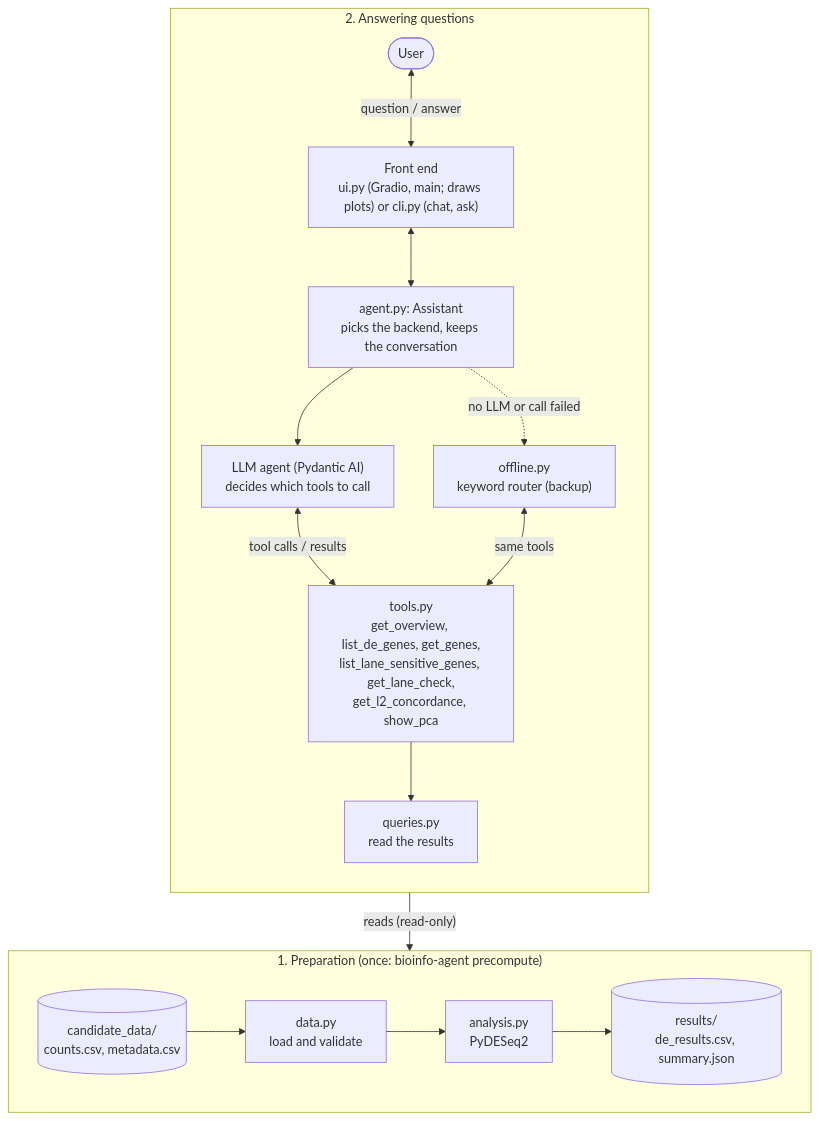
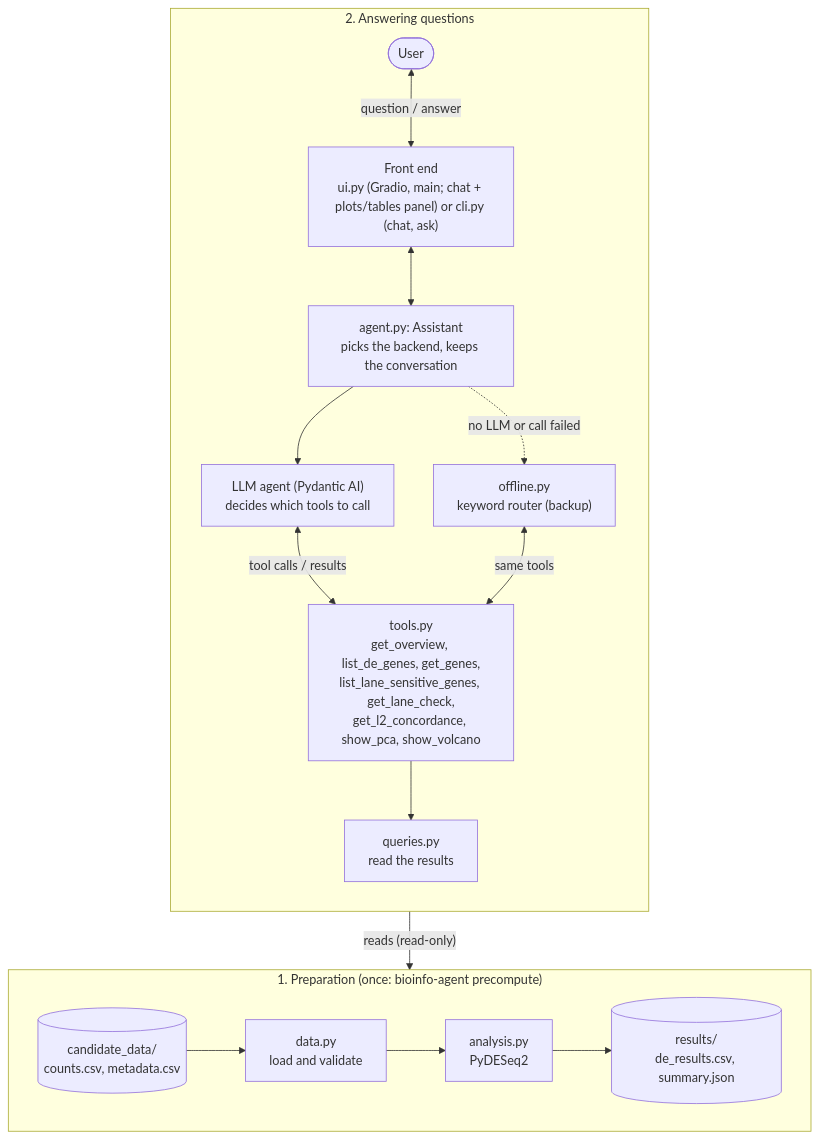
Before and after one commit to hut-ml/bioinfo-agent: the diagram in README.md, drawn with Mermaid. The commit also changed other lines of this file and 8 other files, not shown here.

````diff
--- a/README.md
+++ b/README.md
@@ -51,22 +51,22 @@
 ```mermaid
 flowchart TB
     subgraph qa["2. Answering questions"]
         direction TB
-        USER(["User"]) <-->|"question / answer"| FE["Front end<br/>ui.py (Gradio, main; draws plots) or cli.py (chat, ask)"]
+        USER(["User"]) <-->|"question / answer"| FE["Front end<br/>ui.py (Gradio, main; chat + plots/tables panel) or cli.py (chat, ask)"]
         FE <--> AS["agent.py: Assistant<br/>picks the backend, keeps the conversation"]
         AS --> LLM["LLM agent (Pydantic AI)<br/>decides which tools to call"]
         AS -.->|"no LLM or call failed"| OFF["offline.py<br/>keyword router (backup)"]
-        LLM <-->|"tool calls / results"| T["tools.py<br/>get_overview, list_de_genes, get_genes,<br/>list_lane_sensitive_genes, get_lane_check,<br/>get_l2_concordance, show_pca"]
+        LLM <-->|"tool calls / results"| T["tools.py<br/>get_overview, list_de_genes, get_genes,<br/>list_lane_sensitive_genes, get_lane_check,<br/>get_l2_concordance, show_pca, show_volcano"]
         OFF <-->|"same tools"| T
         T --> Q["queries.py<br/>read the results"]
     end
 
     subgraph prep["1. Preparation (once: bioinfo-agent precompute)"]
         direction LR
         IN[("candidate_data/<br/>counts.csv, metadata.csv")] --> D["data.py<br/>load and validate"]
         D --> AN["analysis.py<br/>PyDESeq2"]
         AN --> R[("results/<br/>de_results.csv, summary.json")]
     end
 
     Q -->|"reads (read-only)"| R
 ```
````
